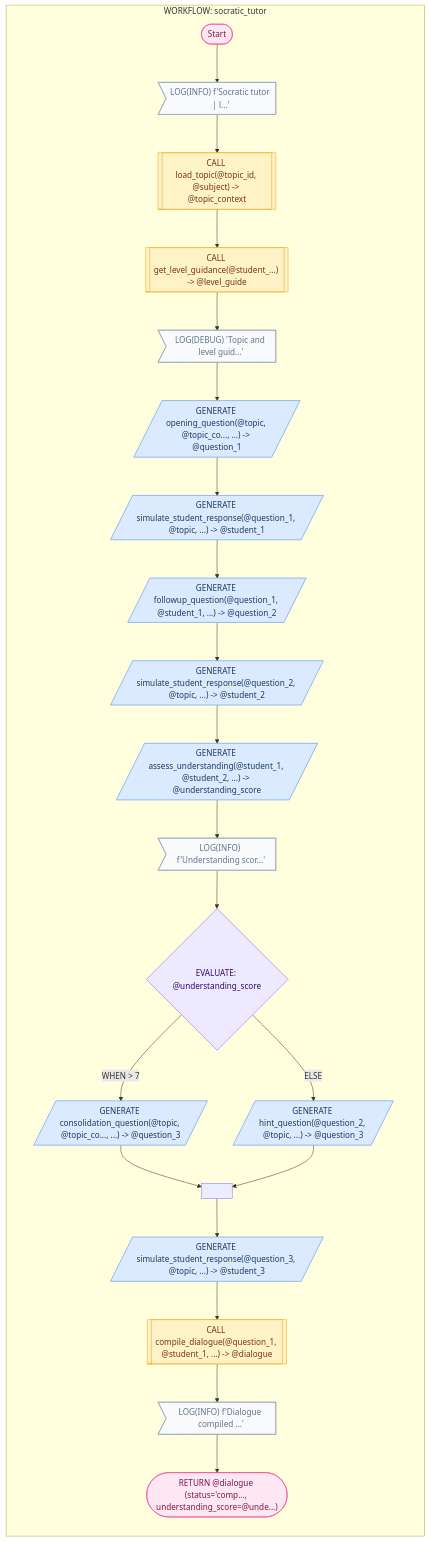
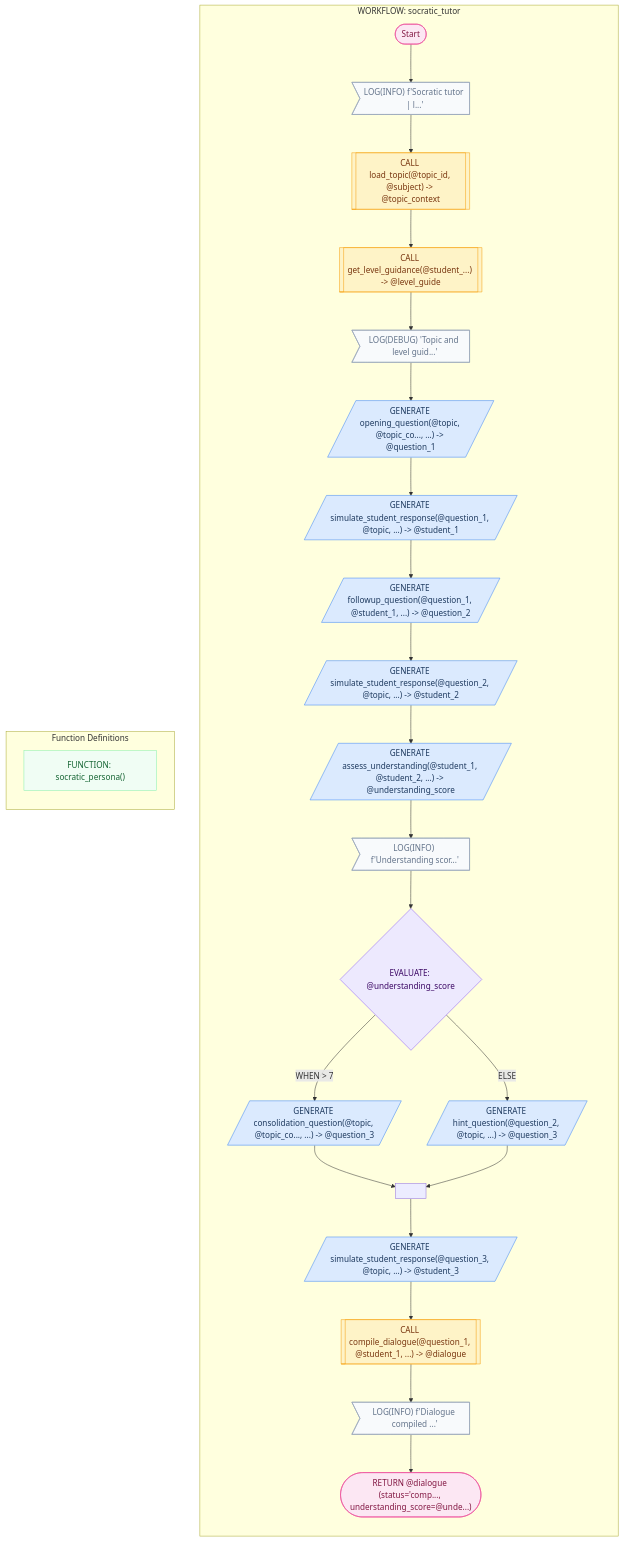
One commit to digital-duck/SPL.py changed the diagram in cookbook/32_socratic_tutor/mermaid/socratic_tutor.md. Above: the diagram before and after it, drawn with Mermaid. The commit also changed 334 other files, not shown here.

````diff
--- a/cookbook/32_socratic_tutor/mermaid/socratic_tutor.md
+++ b/cookbook/32_socratic_tutor/mermaid/socratic_tutor.md
@@ -7,68 +7,73 @@
 ```mermaid
 flowchart TD
     subgraph SG_socratic_tutor["WORKFLOW: socratic_tutor"]
     direction TB
     START1(["Start"])
     LOG2>"LOG(INFO) f'Socratic tutor | l...'"]
     SUB3[["CALL load_topic(@topic_id, @subject) -> @topic_context"]]
     LOG2 --> SUB3
     SUB4[["CALL get_level_guidance(@student_...) -> @level_guide"]]
     SUB3 --> SUB4
     LOG5>"LOG(DEBUG) 'Topic and level guid...'"]
     SUB4 --> LOG5
     GEN6[/"GENERATE opening_question(@topic, @topic_co..., ...) -> @question_1"/]
     LOG5 --> GEN6
     GEN7[/"GENERATE simulate_student_response(@question_1, @topic, ...) -> @student_1"/]
     GEN6 --> GEN7
     GEN8[/"GENERATE followup_question(@question_1, @student_1, ...) -> @question_2"/]
     GEN7 --> GEN8
     GEN9[/"GENERATE simulate_student_response(@question_2, @topic, ...) -> @student_2"/]
     GEN8 --> GEN9
     GEN10[/"GENERATE assess_understanding(@student_1, @student_2, ...) -> @understanding_score"/]
     GEN9 --> GEN10
     LOG11>"LOG(INFO) f'Understanding scor...'"]
     GEN10 --> LOG11
     EVAL12{"EVALUATE: @understanding_score"}
     GEN14[/"GENERATE consolidation_question(@topic, @topic_co..., ...) -> @question_3"/]
     EVAL12 -->|"WHEN > 7"| GEN14
     GEN14 --> MERGE13
     GEN15[/"GENERATE hint_question(@question_2, @topic, ...) -> @question_3"/]
     EVAL12 -->|"ELSE"| GEN15
     GEN15 --> MERGE13
     MERGE13[" "]
     LOG11 --> EVAL12
     GEN16[/"GENERATE simulate_student_response(@question_3, @topic, ...) -> @student_3"/]
     MERGE13 --> GEN16
     SUB17[["CALL compile_dialogue(@question_1, @student_1, ...) -> @dialogue"]]
     GEN16 --> SUB17
     LOG18>"LOG(INFO) f'Dialogue compiled ...'"]
     SUB17 --> LOG18
     RET19(["RETURN @dialogue (status='comp..., understanding_score=@unde...)"])
     LOG18 --> RET19
     START1 --> LOG2
     end
+    subgraph FUNCTIONS["Function Definitions"]
+    direction TB
+    FN20["FUNCTION: socratic_persona()"]
+    end
     class START1 term
     class LOG2 log
     class SUB3 proc
     class SUB4 proc
     class LOG5 log
     class GEN6 llm
     class GEN7 llm
     class GEN8 llm
     class GEN9 llm
     class GEN10 llm
     class LOG11 log
     class EVAL12 ctrl
     class GEN14 llm
     class GEN15 llm
     class GEN16 llm
     class SUB17 proc
     class LOG18 log
     class RET19 term
+    class FN20 fn
     classDef llm fill:#dbeafe,stroke:#3b82f6,color:#1e3a5f
     classDef proc fill:#fef3c7,stroke:#f59e0b,color:#78350f
     classDef ctrl fill:#ede9fe,stroke:#8b5cf6,color:#3b0764
     classDef term fill:#fce7f3,stroke:#ec4899,color:#831843
     classDef log fill:#f8fafc,stroke:#94a3b8,color:#64748b
     classDef fn fill:#f0fdf4,stroke:#86efac,color:#166534
 ```
````
